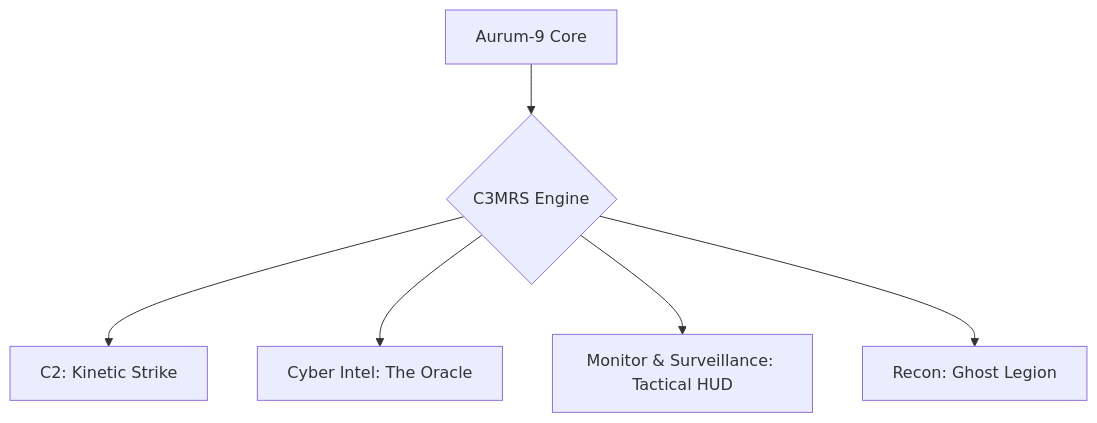
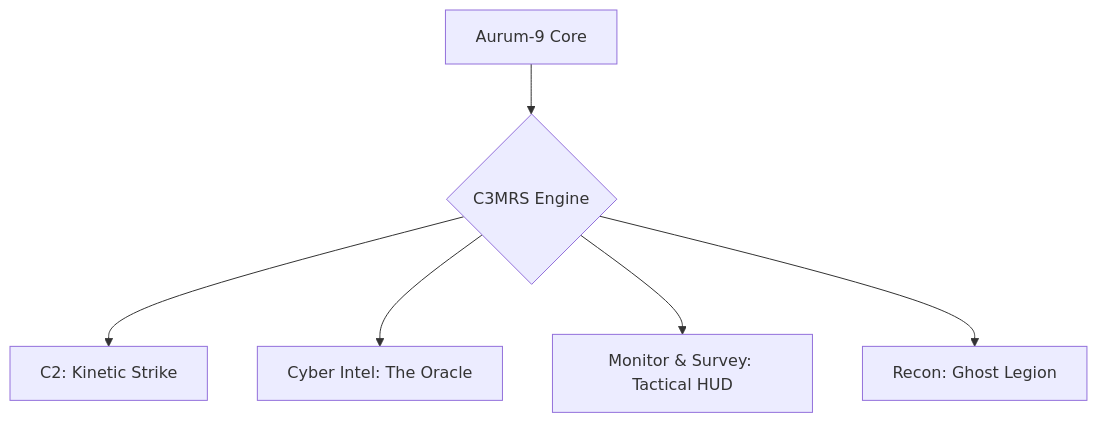
One commit to Dsosnac-TEC-Enterprise/Aurum-9 changed the diagram in README.md. Above: the diagram before and after it, drawn with Mermaid.

````diff
--- a/README.md
+++ b/README.md
@@ -20,8 +20,8 @@
 ```mermaid
 graph TD
     A[Aurum-9 Core] --> B{C3MRS Engine}
     B --> C[C2: Kinetic Strike]
     B --> D[Cyber Intel: The Oracle]
-    B --> E[Monitor & Surveillance: Tactical HUD]
+    B --> E[Monitor & Survey: Tactical HUD]
     B --> F[Recon: Ghost Legion]
 ```
````
